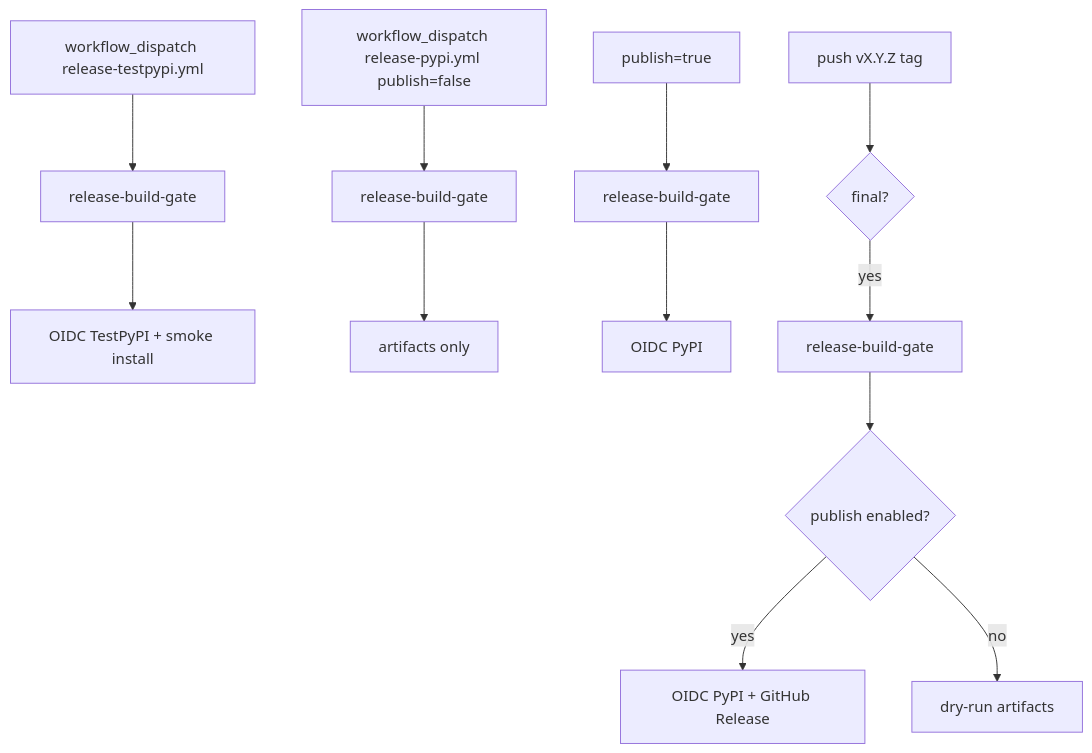
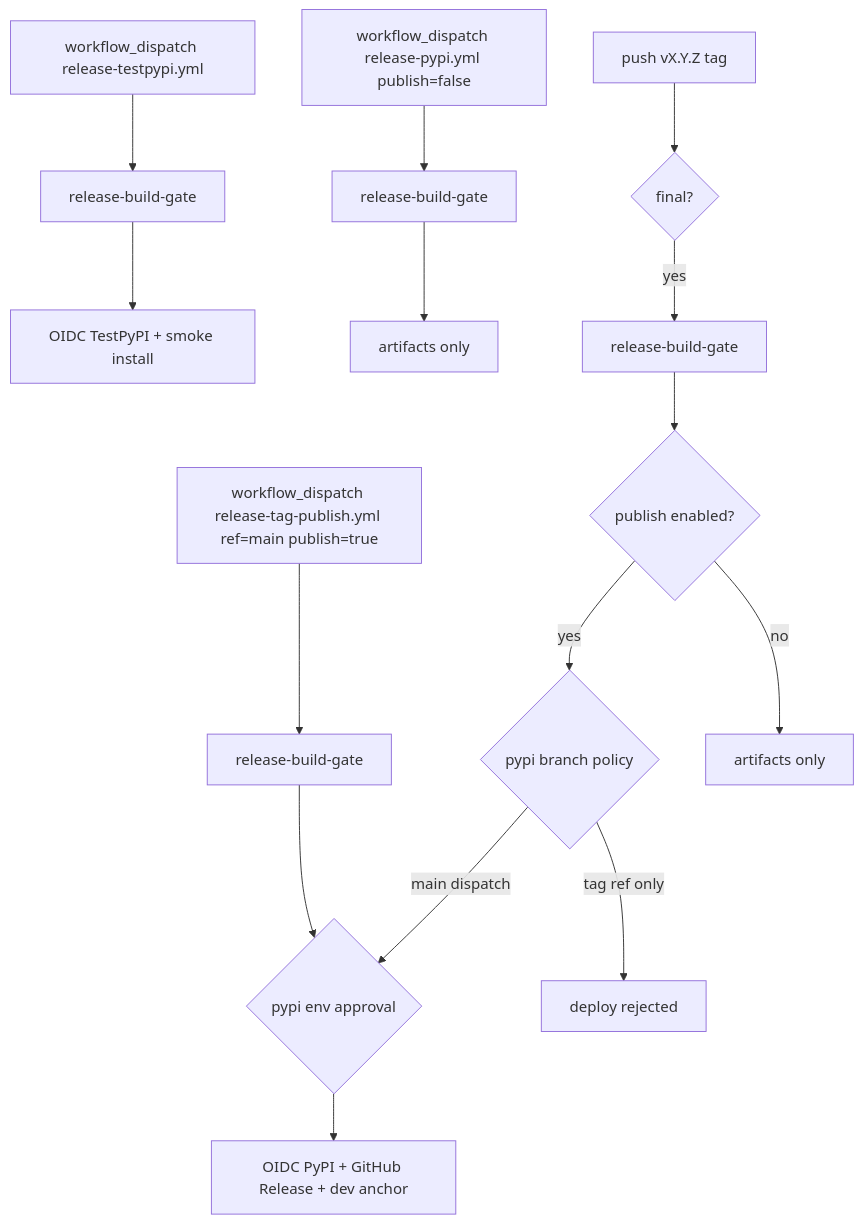
The diagram in docs/contributing/release-publishing.md (endorlabs/endorlabs-sdk), drawn with Mermaid before and after one commit. The commit also changed other lines of this file and 218 other files, not shown here.

````diff
--- a/docs/contributing/release-publishing.md
+++ b/docs/contributing/release-publishing.md
@@ -172,14 +185,17 @@
 ```mermaid
 flowchart TD
   dispatchTest["workflow_dispatch release-testpypi.yml"] --> testGate[release-build-gate]
   testGate --> pubT["OIDC TestPyPI + smoke install"]
-  dispatchProd["workflow_dispatch release-pypi.yml publish=false"] --> prodGate[release-build-gate]
-  prodGate --> dryRun[artifacts only]
-  dispatchProdPub["publish=true"] --> prodGate2[release-build-gate]
-  prodGate2 --> pubM["OIDC PyPI"]
+  dispatchDry["workflow_dispatch release-pypi.yml publish=false"] --> dryGate[release-build-gate]
+  dryGate --> dryArtifacts[artifacts only]
+  dispatchProd["workflow_dispatch release-tag-publish.yml ref=main publish=true"] --> prodGate[release-build-gate]
+  prodGate --> approve{pypi env approval}
+  approve --> pubP["OIDC PyPI + GitHub Release + dev anchor"]
   tagPush["push vX.Y.Z tag"] --> classify{final?}
   classify -- yes --> tagGate[release-build-gate]
-  tagGate --> pubOpt{publish enabled?}
-  pubOpt -- yes --> pubP["OIDC PyPI + GitHub Release"]
-  pubOpt -- no --> dryTag[dry-run artifacts]
+  tagGate --> tagPub{publish enabled?}
+  tagPub -- yes --> tagEnv{pypi branch policy}
+  tagEnv -- main dispatch --> approve
+  tagEnv -- tag ref only --> tagBlocked[deploy rejected]
+  tagPub -- no --> dryTag[artifacts only]
 ```
````
